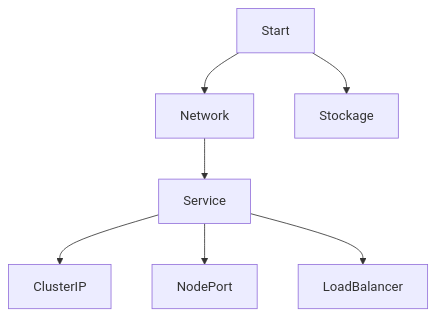
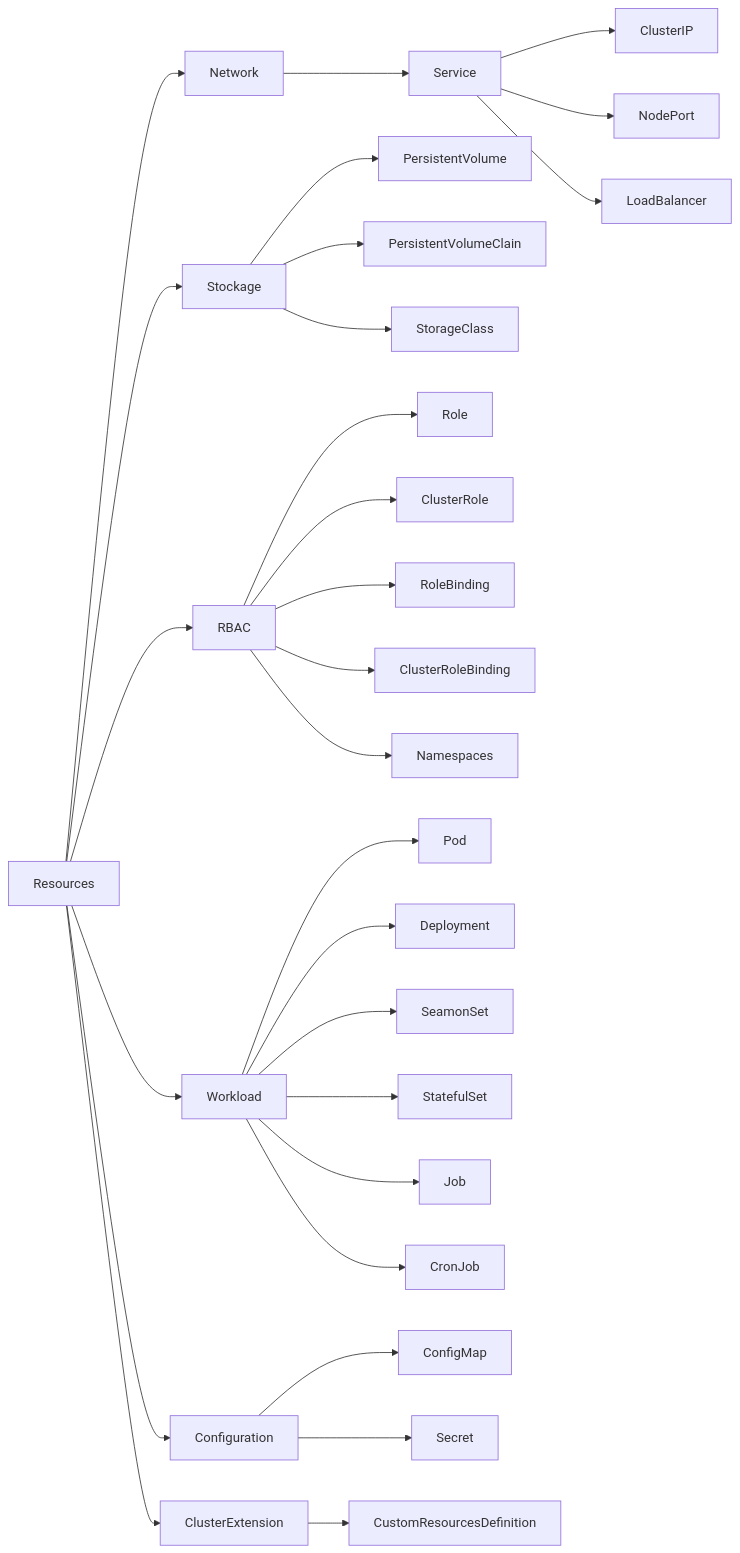
The diagram in kubernetes/README.md (babelcodes/containerization), drawn with Mermaid before and after one commit.

Commit message:
feat(kubernetes): resources mindmap #11

````diff
--- a/kubernetes/README.md
+++ b/kubernetes/README.md
@@ -85,10 +85,35 @@
 ```mermaid
-flowchart TD
-    Resources[Start] --> Network
+flowchart LR
+    Resources --> Network
     Network --> Service
     Service --> ClusterIP
     Service --> NodePort
     Service --> LoadBalancer
     
     Resources --> Stockage
+    Stockage --> PersistentVolume
+    Stockage --> PersistentVolumeClain
+    Stockage --> StorageClass
+    
+    Resources --> RBAC
+    RBAC --> Role
+    RBAC --> ClusterRole
+    RBAC --> RoleBinding
+    RBAC --> ClusterRoleBinding
+    RBAC --> Namespaces
+    
+    Resources --> Workload
+    Workload --> Pod
+    Workload --> Deployment
+    Workload --> SeamonSet
+    Workload --> StatefulSet
+    Workload --> Job
+    Workload --> CronJob
+
+    Resources --> Configuration
+    Configuration --> ConfigMap
+    Configuration --> Secret
+
+    Resources --> ClusterExtension
+    ClusterExtension --> CustomResourcesDefinition
 ```
````
